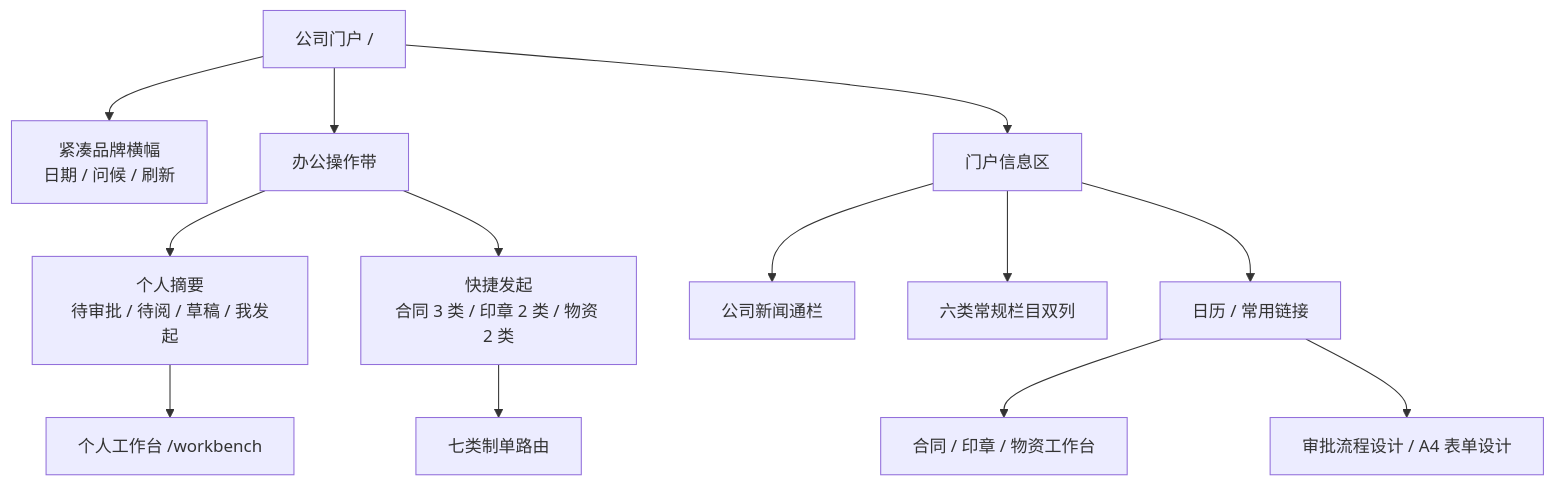
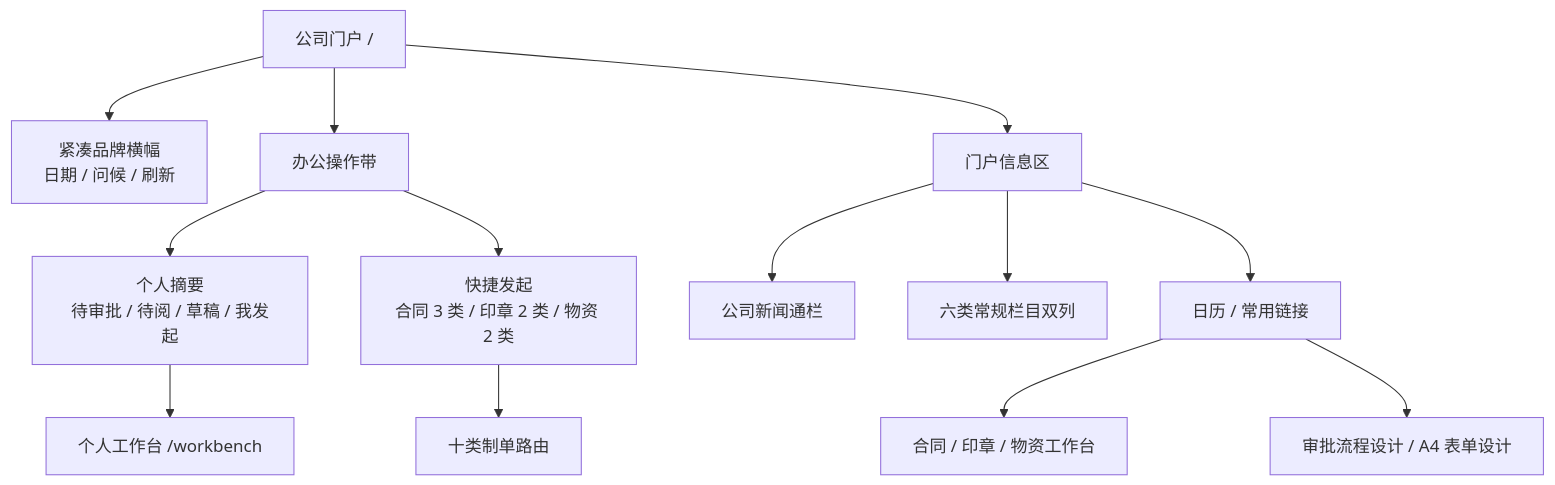
Before and after one commit to yiting001/oa-hotel-v1: the first of 2 diagrams in docs/modules/portal-personal-workbench.md, drawn with Mermaid. The commit also changed other lines of this file and 200 other files, not shown here.

````diff
--- a/docs/modules/portal-personal-workbench.md
+++ b/docs/modules/portal-personal-workbench.md
@@ -45,16 +45,16 @@
 ```mermaid
 flowchart TD
   PORTAL["公司门户 /"] --> BANNER["紧凑品牌横幅<br/>日期 / 问候 / 刷新"]
   PORTAL --> OPERATIONS["办公操作带"]
   OPERATIONS --> METRICS["个人摘要<br/>待审批 / 待阅 / 草稿 / 我发起"]
   OPERATIONS --> STARTS["快捷发起<br/>合同 3 类 / 印章 2 类 / 物资 2 类"]
   PORTAL --> INFO["门户信息区"]
   INFO --> FEATURED["公司新闻通栏"]
   INFO --> COLUMNS["六类常规栏目双列"]
   INFO --> ASIDE["日历 / 常用链接"]
 
   METRICS --> WORKBENCH["个人工作台 /workbench"]
-  STARTS --> BUSINESS_FORMS["七类制单路由"]
+  STARTS --> BUSINESS_FORMS["十类制单路由"]
   ASIDE --> BUSINESS_HOME["合同 / 印章 / 物资工作台"]
   ASIDE --> DESIGNERS["审批流程设计 / A4 表单设计"]
 ```
````
